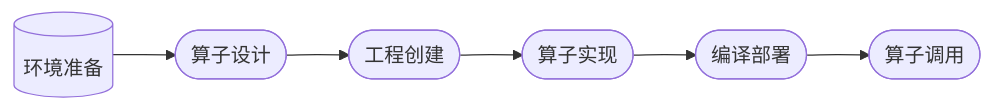
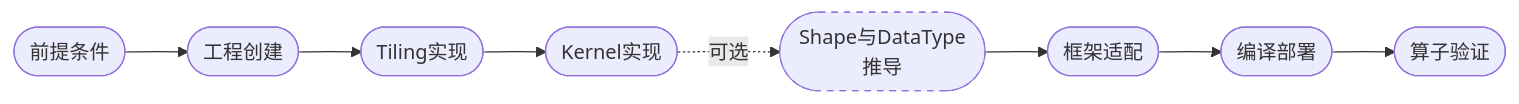
The first of 5 diagrams in docs/context/AI Core算子开发指南.md (ckorikov/cann-ops-transformer), drawn with Mermaid before and after one commit. The commit also changed other lines of this file and 7 other files, not shown here.

````diff
--- a/docs/context/AI Core算子开发指南.md
+++ b/docs/context/AI Core算子开发指南.md
@@ -7,8 +10,11 @@
 ```mermaid
 graph LR
-	A[(环境准备)] -->B([算子设计])
-    B --> C([工程创建])
-    C -->D([算子实现])
-    D -->E([编译部署])
-    E -->F([算子调用])
+	A([前提条件]) --> W([工程创建])
+	W --> B([Tiling实现])
+    B --> C([Kernel实现])
+    C -.->|可选|D([Shape与DataType <br> 推导])
+    D --> E([框架适配])
+    E --> F([编译部署])
+    F --> G([算子验证])
+    style D stroke-dasharray:5 5
 ```
````
